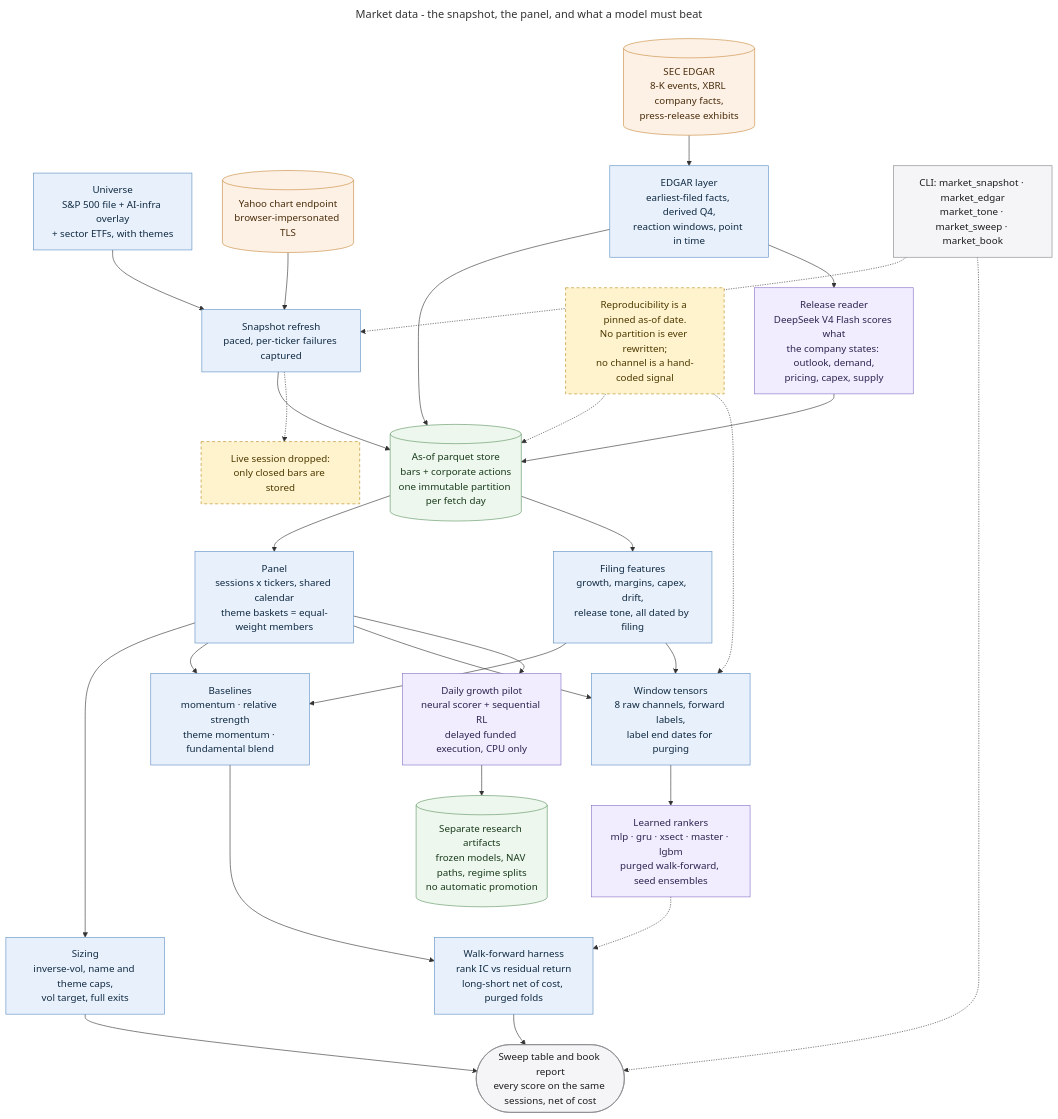
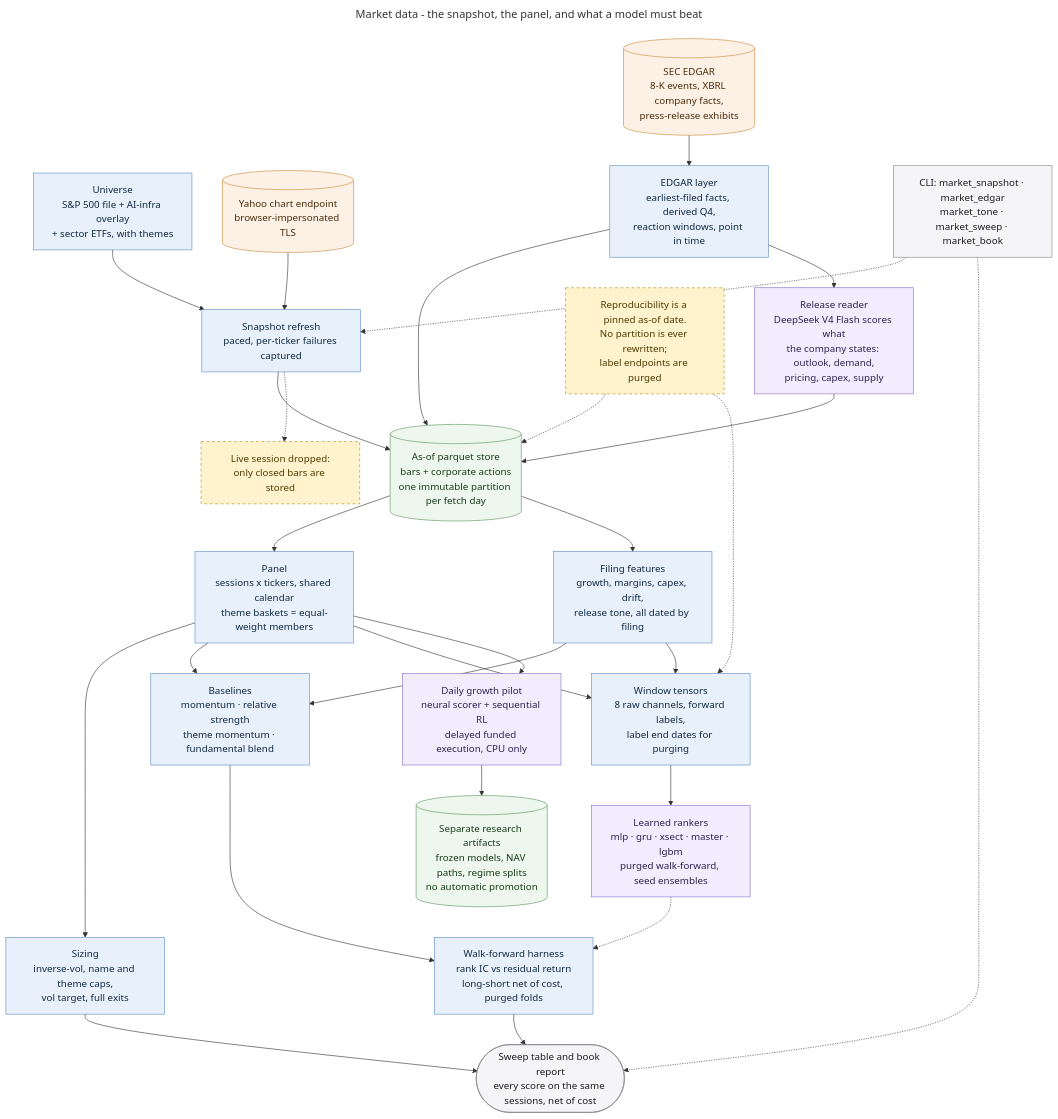
Before and after one commit to MallyaAni/PersonalAssistant: the diagram in docs/diagrams/market-data.mmd, drawn with Mermaid. The commit also changed 10 other files, not shown here.

```diff
--- a/docs/diagrams/market-data.mmd
+++ b/docs/diagrams/market-data.mmd
@@ -1,48 +1,48 @@
 ---
 title: Market data - the snapshot, the panel, and what a model must beat
 ---
 flowchart TB
     Universe[Universe<br/>S&P 500 file + AI-infra overlay<br/>+ sector ETFs, with themes] --> Refresh[Snapshot refresh<br/>paced, per-ticker failures captured]
     Yahoo[(Yahoo chart endpoint<br/>browser-impersonated TLS)] --> Refresh
     Refresh --> Store[(As-of parquet store<br/>bars + corporate actions<br/>one immutable partition per fetch day)]
     Refresh -.-> Drop[Live session dropped:<br/>only closed bars are stored]
 
     Edgar[(SEC EDGAR<br/>8-K events, XBRL company facts,<br/>press-release exhibits)] --> Filings[EDGAR layer<br/>earliest-filed facts, derived Q4,<br/>reaction windows, point in time]
     Filings --> Store
     Filings --> Reader[Release reader<br/>DeepSeek V4 Flash scores what<br/>the company states: outlook, demand,<br/>pricing, capex, supply]
     Reader --> Store
     Store --> Panel[Panel<br/>sessions x tickers, shared calendar<br/>theme baskets = equal-weight members]
     Store --> Extras[Filing features<br/>growth, margins, capex, drift,<br/>release tone, all dated by filing]
     Extras --> Baselines
     Extras --> Windows
     Panel --> Book[Sizing<br/>inverse-vol, name and theme caps,<br/>vol target, full exits]
     Book --> Report
     Panel --> Baselines[Baselines<br/>momentum · relative strength<br/>theme momentum · fundamental blend]
     Panel --> Windows[Window tensors<br/>8 raw channels, forward labels,<br/>label end dates for purging]
     Baselines --> Harness[Walk-forward harness<br/>rank IC vs residual return<br/>long-short net of cost, purged folds]
     Windows --> Model[Learned rankers<br/>mlp · gru · xsect · master · lgbm<br/>purged walk-forward, seed ensembles]
     Model -.-> Harness
     Harness --> Report([Sweep table and book report<br/>every score on the same sessions, net of cost])
     Panel --> Pilot[Daily growth pilot<br/>neural scorer + sequential RL<br/>delayed funded execution, CPU only]
     Pilot --> Research[(Separate research artifacts<br/>frozen models, NAV paths, regime splits<br/>no automatic promotion)]
 
     CLI[CLI: market_snapshot · market_edgar<br/>market_tone · market_sweep · market_book] -.-> Refresh
     CLI -.-> Report
 
-    Rule[Reproducibility is a pinned as-of date.<br/>No partition is ever rewritten;<br/>no channel is a hand-coded signal]
+    Rule[Reproducibility is a pinned as-of date.<br/>No partition is ever rewritten;<br/>label endpoints are purged]
     Rule -.-> Store
     Rule -.-> Windows
 
     classDef interface fill:#f5f5f7,stroke:#86868b,color:#1d1d1f;
     classDef application fill:#e8f1fb,stroke:#5e8fc4,color:#102a43;
     classDef data fill:#eef7ee,stroke:#5f9562,color:#183b1b;
     classDef external fill:#fdf1e6,stroke:#c98a3d,color:#4a2c0a;
     classDef model fill:#f1edff,stroke:#8872c6,color:#2e2450;
     classDef warning fill:#fff3cd,stroke:#b78b20,color:#4d3900,stroke-dasharray:5 4;
     class CLI,Report interface;
     class Universe,Refresh,Filings,Panel,Baselines,Windows,Harness,Extras,Book application;
     class Store data;
     class Yahoo,Edgar external;
     class Model,Reader,Pilot model;
     class Research data;
     class Rule,Drop warning;
```
